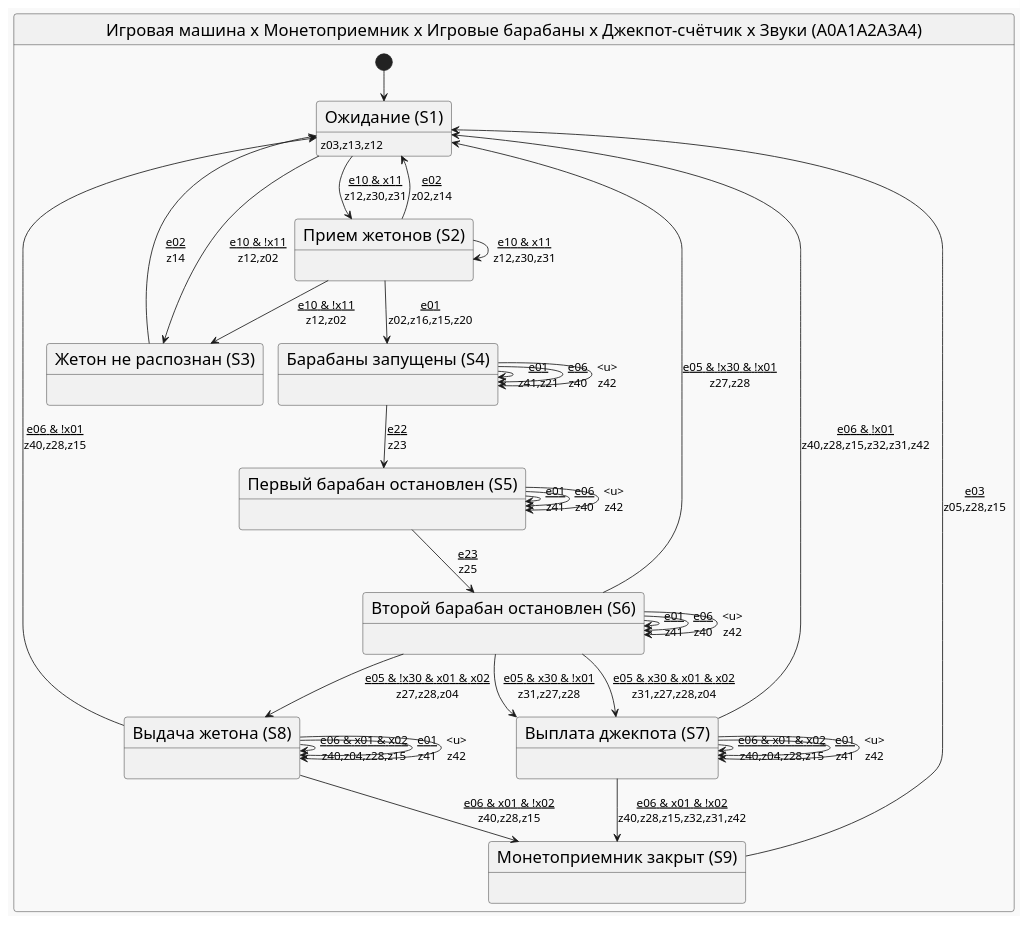
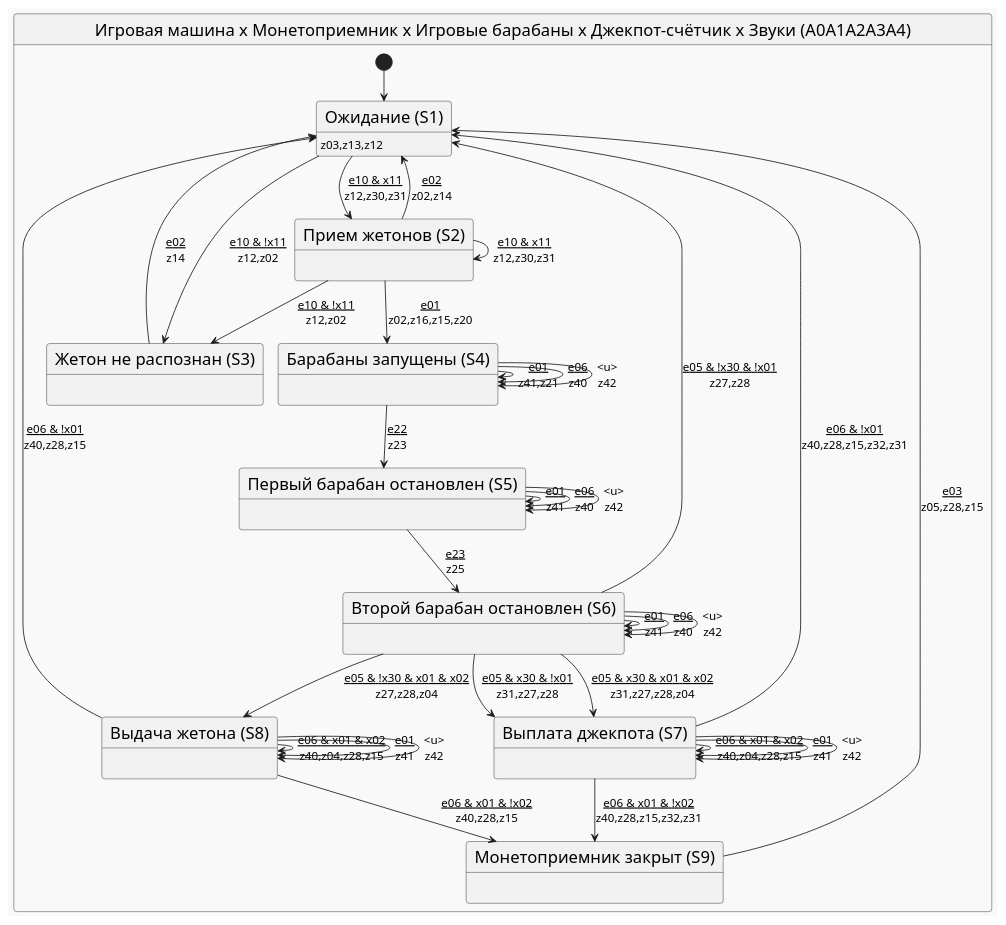
One commit to PhoenixNazarov/fsm-multiply changed the diagram in articles/multiply_many_nested/puml/final.puml. Above: the diagram before and after it, drawn with PlantUML. The commit also changed 12 other files, not shown here.

```diff
--- a/articles/multiply_many_nested/puml/final.puml
+++ b/articles/multiply_many_nested/puml/final.puml
@@ -1,50 +1,50 @@
 @startuml
 !theme mars
 skinparam stateFontSize 20
 skinparam arrowFontSize 14
 state "Игровая машина x Монетоприемник x Игровые барабаны x Джекпот-счётчик x Звуки (A0A1A2A3A4)" as A0A1A2A3A4 {
     [*] --> A0A1A2A3A433
     state "Ожидание (S1)" as A0A1A2A3A433 : <size:14>z03,z13,z12
     state "Прием жетонов (S2)" as A0A1A2A3A45 : 
     state "Жетон не распознан (S3)" as A0A1A2A3A46 : 
     state "Барабаны запущены (S4)" as A0A1A2A3A411 : 
     state "Первый барабан остановлен (S5)" as A0A1A2A3A415 : 
     state "Второй барабан остановлен (S6)" as A0A1A2A3A422 : 
     state "Выплата джекпота (S7)" as A0A1A2A3A427 : 
     state "Выдача жетона (S8)" as A0A1A2A3A432 : 
     state "Монетоприемник закрыт (S9)" as A0A1A2A3A429 : 
     A0A1A2A3A433 --> A0A1A2A3A45 : <u>e10 & x11\nz12,z30,z31
     A0A1A2A3A433 --> A0A1A2A3A46 : <u>e10 & !x11\nz12,z02
     A0A1A2A3A45 --> A0A1A2A3A433 : <u>e02\nz02,z14
     A0A1A2A3A45 --> A0A1A2A3A411 : <u>e01\nz02,z16,z15,z20
     A0A1A2A3A45 --> A0A1A2A3A45 : <u>e10 & x11\nz12,z30,z31
     A0A1A2A3A45 --> A0A1A2A3A46 : <u>e10 & !x11\nz12,z02
     A0A1A2A3A46 --> A0A1A2A3A433 : <u>e02\nz14
     A0A1A2A3A411 --> A0A1A2A3A415 : <u>e22\nz23
     A0A1A2A3A411 --> A0A1A2A3A411 : <u>e01\nz41,z21
     A0A1A2A3A411 --> A0A1A2A3A411 : <u>e06\nz40
     A0A1A2A3A411 --> A0A1A2A3A411 : <u>\nz42
     A0A1A2A3A415 --> A0A1A2A3A422 : <u>e23\nz25
     A0A1A2A3A415 --> A0A1A2A3A415 : <u>e01\nz41
     A0A1A2A3A415 --> A0A1A2A3A415 : <u>e06\nz40
     A0A1A2A3A415 --> A0A1A2A3A415 : <u>\nz42
     A0A1A2A3A422 --> A0A1A2A3A427 : <u>e05 & x30 & x01 & x02\nz31,z27,z28,z04
     A0A1A2A3A422 --> A0A1A2A3A427 : <u>e05 & x30 & !x01\nz31,z27,z28
     A0A1A2A3A422 --> A0A1A2A3A432 : <u>e05 & !x30 & x01 & x02\nz27,z28,z04
     A0A1A2A3A422 --> A0A1A2A3A433 : <u>e05 & !x30 & !x01\nz27,z28
     A0A1A2A3A422 --> A0A1A2A3A422 : <u>e01\nz41
     A0A1A2A3A422 --> A0A1A2A3A422 : <u>e06\nz40
     A0A1A2A3A422 --> A0A1A2A3A422 : <u>\nz42
     A0A1A2A3A427 --> A0A1A2A3A427 : <u>e06 & x01 & x02\nz40,z04,z28,z15
     A0A1A2A3A427 --> A0A1A2A3A427 : <u>e01\nz41
     A0A1A2A3A427 --> A0A1A2A3A427 : <u>\nz42
-    A0A1A2A3A427 --> A0A1A2A3A429 : <u>e06 & x01 & !x02\nz40,z28,z15,z32,z31,z42
-    A0A1A2A3A427 --> A0A1A2A3A433 : <u>e06 & !x01\nz40,z28,z15,z32,z31,z42
+    A0A1A2A3A427 --> A0A1A2A3A429 : <u>e06 & x01 & !x02\nz40,z28,z15,z32,z31
+    A0A1A2A3A427 --> A0A1A2A3A433 : <u>e06 & !x01\nz40,z28,z15,z32,z31
     A0A1A2A3A432 --> A0A1A2A3A432 : <u>e06 & x01 & x02\nz40,z04,z28,z15
     A0A1A2A3A432 --> A0A1A2A3A432 : <u>e01\nz41
     A0A1A2A3A432 --> A0A1A2A3A432 : <u>\nz42
     A0A1A2A3A432 --> A0A1A2A3A429 : <u>e06 & x01 & !x02\nz40,z28,z15
     A0A1A2A3A432 --> A0A1A2A3A433 : <u>e06 & !x01\nz40,z28,z15
     A0A1A2A3A429 --> A0A1A2A3A433 : <u>e03\nz05,z28,z15
 }
 @enduml
```
